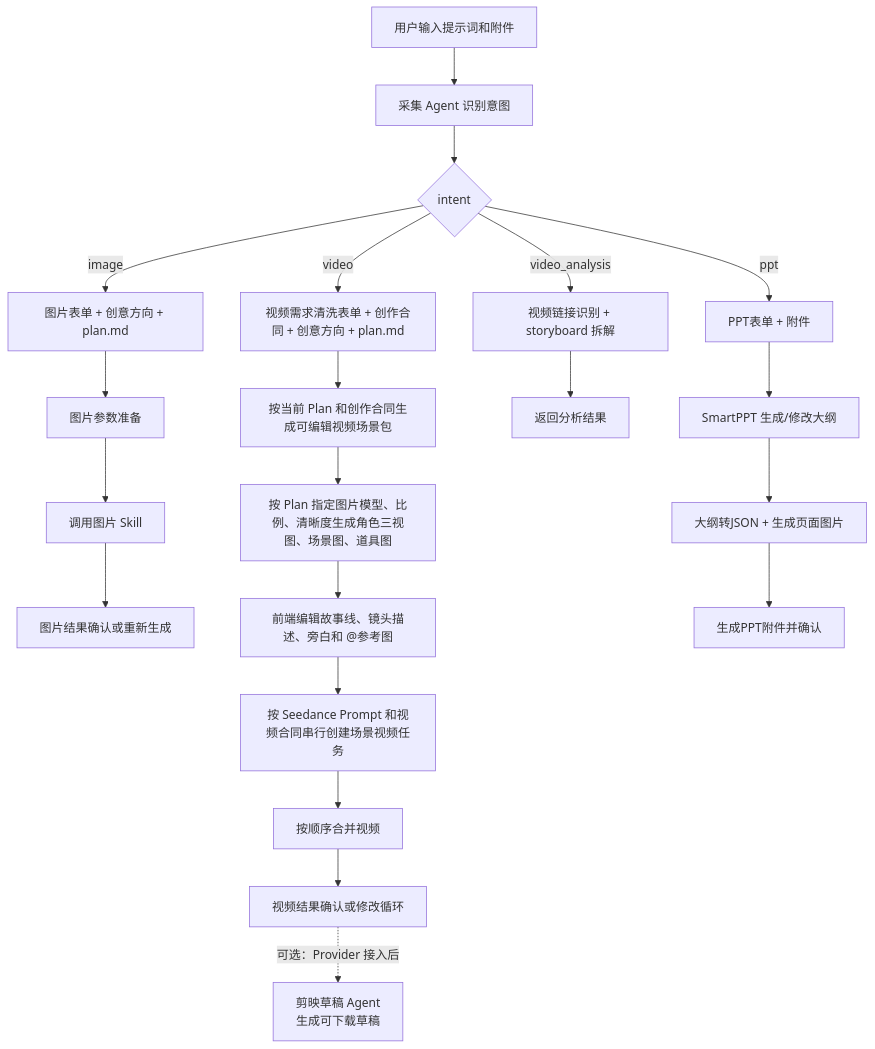
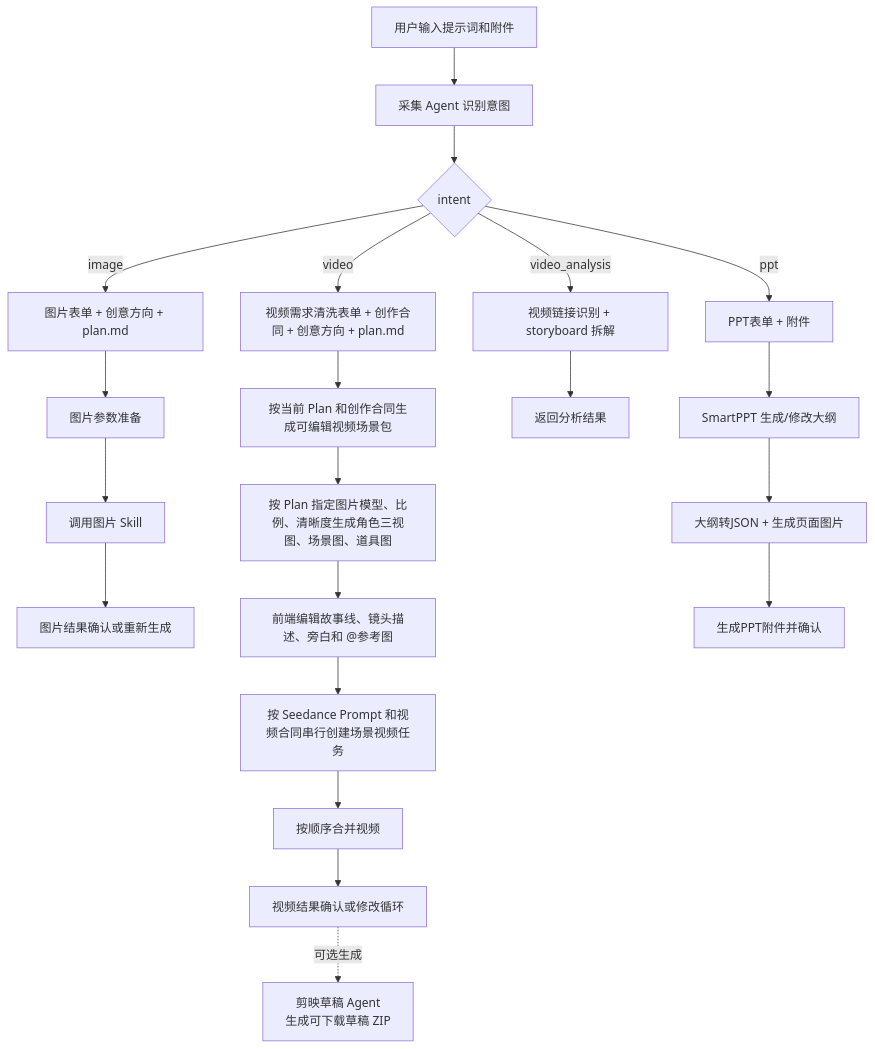
The second of 2 diagrams in README.md (joyslxd/pixelflow), drawn with Mermaid before and after one commit. The commit also changed other lines of this file and 20 other files, not shown here.

````diff
--- a/README.md
+++ b/README.md
@@ -76,23 +76,23 @@
 ```mermaid
 flowchart TD
   A["用户输入提示词和附件"] --> B["采集 Agent 识别意图"]
   B --> C{"intent"}
   C -->|"image"| D["图片表单 + 创意方向 + plan.md"]
   C -->|"video"| E["视频需求清洗表单 + 创作合同 + 创意方向 + plan.md"]
   C -->|"video_analysis"| F["视频链接识别 + storyboard 拆解"]
   C -->|"ppt"| Q["PPT表单 + 附件"]
   D --> G["图片参数准备"]
   G --> H["调用图片 Skill"]
   H --> I["图片结果确认或重新生成"]
   E --> J["按当前 Plan 和创作合同生成可编辑视频场景包"]
   J --> K["按 Plan 指定图片模型、比例、清晰度生成角色三视图、场景图、道具图"]
   K --> L["前端编辑故事线、镜头描述、旁白和 @参考图"]
   L --> M["按 Seedance Prompt 和视频合同串行创建场景视频任务"]
   M --> N["按顺序合并视频"]
   N --> O["视频结果确认或修改循环"]
-  O -. "可选：Provider 接入后" .-> JD["剪映草稿 Agent\n生成可下载草稿"]
+  O -. "可选生成" .-> JD["剪映草稿 Agent\n生成可下载草稿 ZIP"]
   F --> P["返回分析结果"]
   Q --> R["SmartPPT 生成/修改大纲"]
   R --> S["大纲转JSON + 生成页面图片"]
   S --> T["生成PPT附件并确认"]
 ```
````
